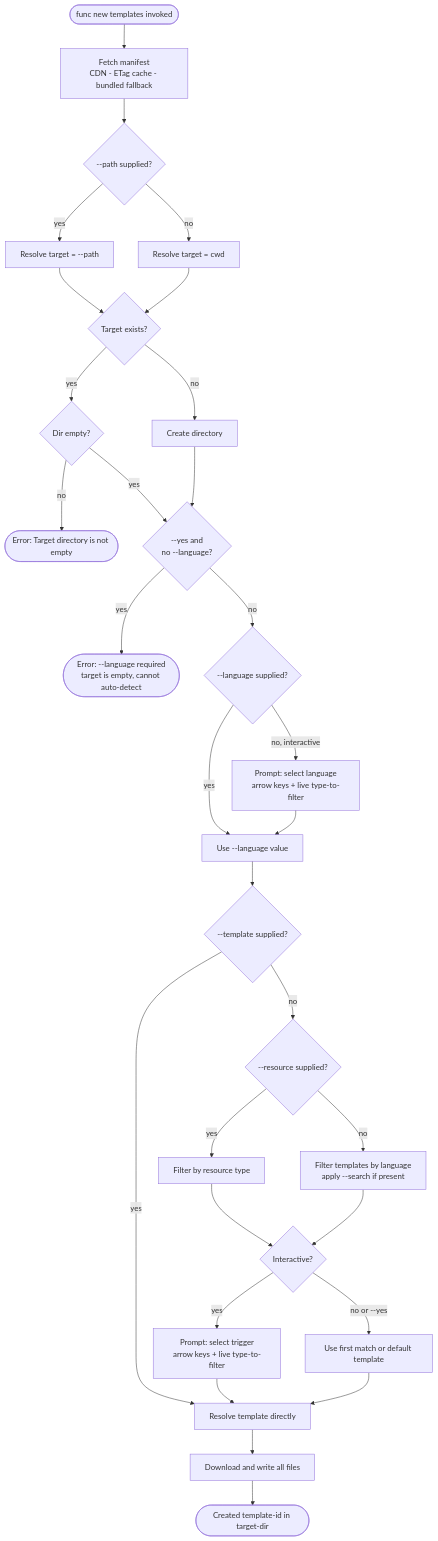
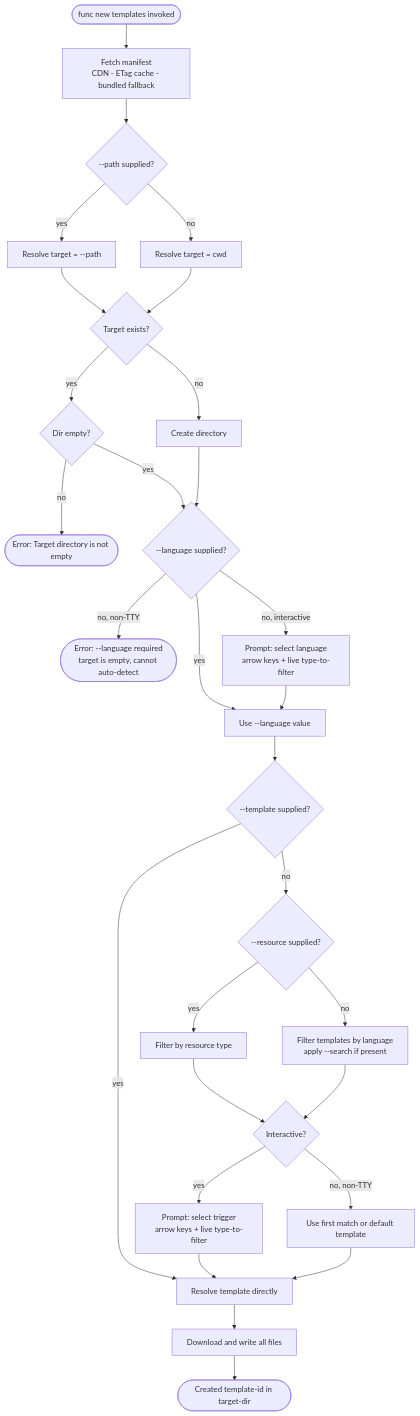
The second of 4 diagrams in proposed/templates-e2e.md (Azure/azure-functions-core-tools), drawn with Mermaid before and after one commit. The commit also changed other lines of this file, not shown here.

First line of the commit message:
Remove --yes option from design doc

````diff
--- a/proposed/templates-e2e.md
+++ b/proposed/templates-e2e.md
@@ -461,30 +458,29 @@
 ```mermaid
 flowchart TD
     A(["func new templates invoked"]) --> B["Fetch manifest<br/>CDN - ETag cache - bundled fallback"]
     B --> C{"--path supplied?"}
     C -- yes --> D["Resolve target = --path"]
     C -- no --> E["Resolve target = cwd"]
     D & E --> F{"Target exists?"}
     F -- no --> G["Create directory"]
     F -- yes --> EMPTY{"Dir empty?"}
     EMPTY -- no --> ERR0(["Error: Target directory is not empty"])
-    EMPTY -- yes --> H{"--yes and<br/>no --language?"}
+    EMPTY -- yes --> H{"--language supplied?"}
     G --> H
-    H -- yes --> ERR1(["Error: --language required<br/>target is empty, cannot auto-detect"])
-    H -- no --> I{"--language supplied?"}
-    I -- "no, interactive" --> J["Prompt: select language<br/>arrow keys + live type-to-filter"]
-    I -- yes --> K["Use --language value"]
+    H -- "no, non-TTY" --> ERR1(["Error: --language required<br/>target is empty, cannot auto-detect"])
+    H -- "no, interactive" --> J["Prompt: select language<br/>arrow keys + live type-to-filter"]
+    H -- yes --> K["Use --language value"]
     J --> K
     K --> L{"--template supplied?"}
     L -- yes --> M["Resolve template directly"]
     L -- no --> N{"--resource supplied?"}
     N -- yes --> O["Filter by resource type"]
     N -- no --> P["Filter templates by language<br/>apply --search if present"]
     O & P --> Q{"Interactive?"}
     Q -- yes --> R["Prompt: select trigger<br/>arrow keys + live type-to-filter"]
-    Q -- "no or --yes" --> S["Use first match or default template"]
+    Q -- "no, non-TTY" --> S["Use first match or default template"]
     R --> M
     S --> M
     M --> Z["Download and write all files"]
     Z --> BB(["Created template-id in target-dir"])
 ```
````
